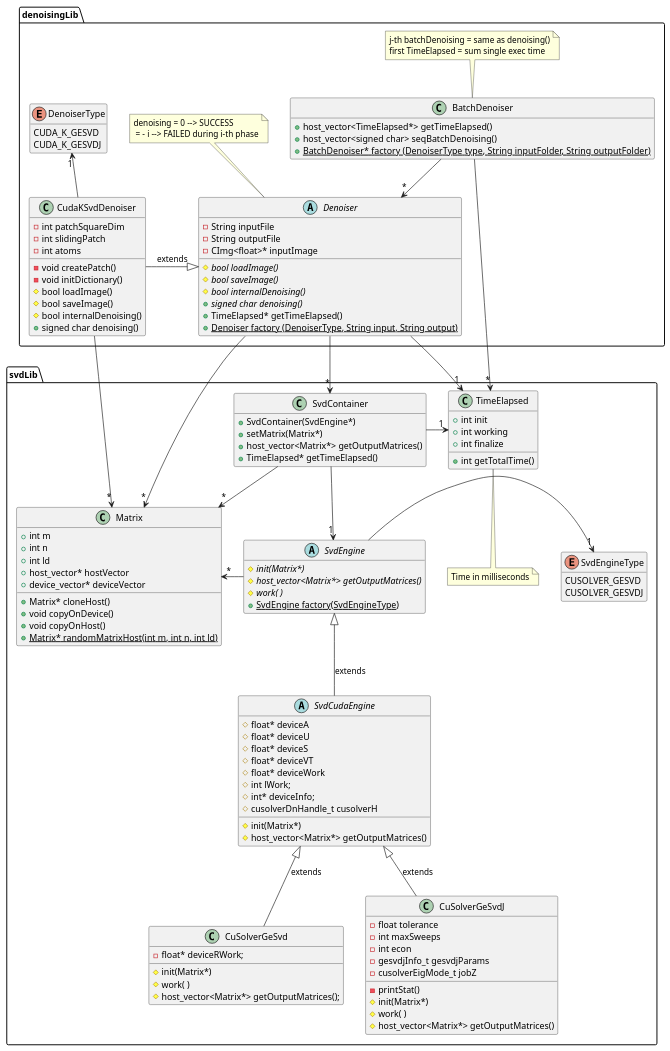
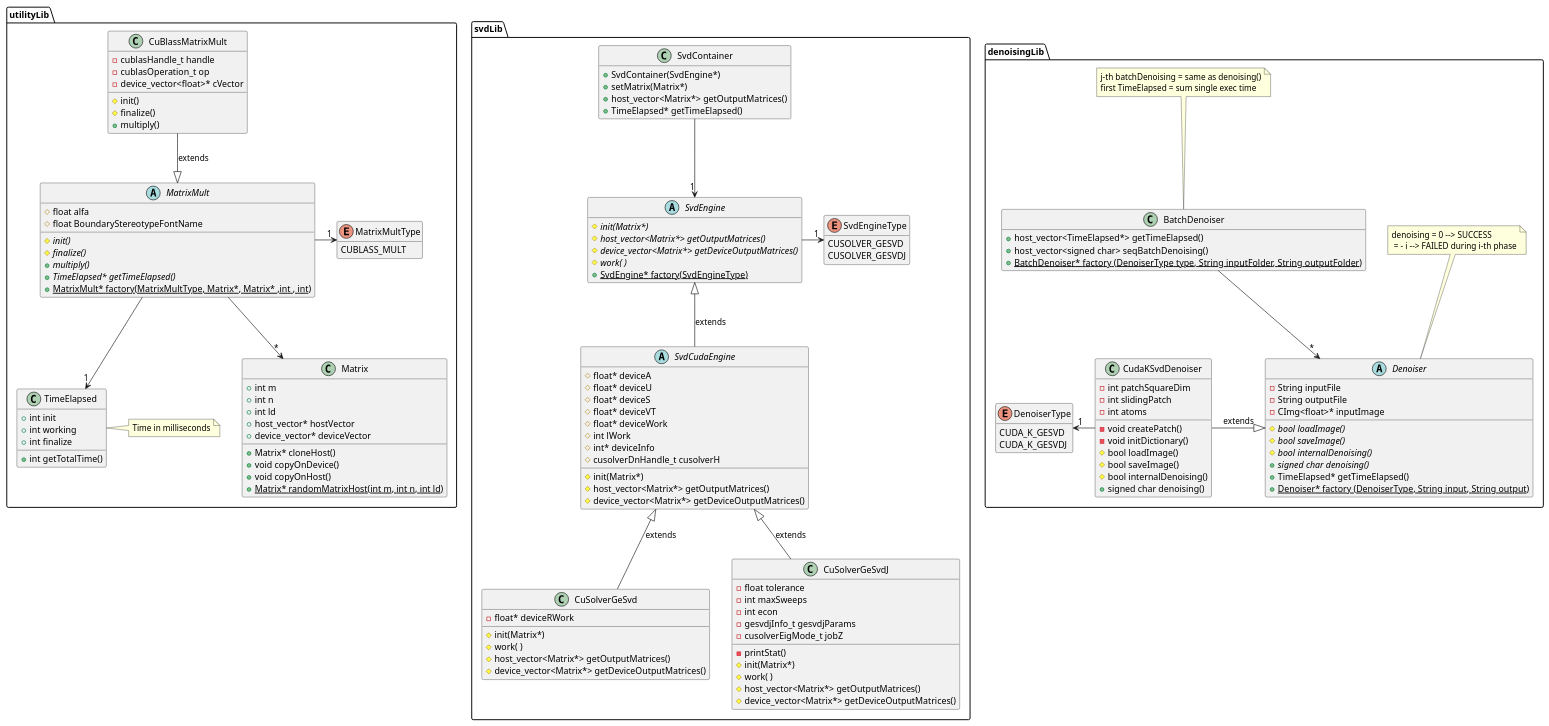
One commit to newfla/CUDA-K-SVD-Denoising changed the diagram in uml/src/classDiagram.puml. Above: the diagram before and after it, drawn with PlantUML. The commit also changed 19 other files, not shown here.

```diff
--- a/uml/src/classDiagram.puml
+++ b/uml/src/classDiagram.puml
@@ -1,24 +1,73 @@
 @startuml diagrammaSVD
 
-package svdLib {
+package utilityLib{
+
     class Matrix{
         + int m
         + int n
         + int ld
         + host_vector* hostVector
         + device_vector* deviceVector
+        
         + Matrix* cloneHost()
         + void copyOnDevice()
         + void copyOnHost()
         {static} + Matrix* randomMatrixHost(int m, int n, int ld)
     }
 
+    class TimeElapsed{
+        + int init
+        + int working
+        + int finalize
+        + int getTotalTime()
+    }
+
+    note right: Time in milliseconds
+
+    enum MatrixMultType{
+            CUBLASS_MULT
+    }
+
+    abstract class MatrixMult{
+
+        # float alfa
+        # float BoundaryStereotypeFontName
+
+        {abstract} # init()
+        {abstract} # finalize()
+        {abstract} + multiply()
+        {abstract} + TimeElapsed* getTimeElapsed()
+        {static} + MatrixMult* factory(MatrixMultType, Matrix*, Matrix* ,int , int)
+    }
+
+    class CuBlassMatrixMult{
+
+        - cublasHandle_t handle
+        - cublasOperation_t op
+        - device_vector<float>* cVector
+
+        # init()
+        # finalize()
+        + multiply()
+    }
+
+    MatrixMult --> "*" Matrix
+    MatrixMult --> "1" TimeElapsed
+    MatrixMult -> "1" MatrixMultType 
+    CuBlassMatrixMult --|> MatrixMult : extends
+
+    hide MatrixMultType methods 
+}
+
+package svdLib {
+
     abstract class SvdEngine{
         
         {abstract} # init(Matrix*)
         {abstract} # host_vector<Matrix*> getOutputMatrices()
+        {abstract} # device_vector<Matrix*> getDeviceOutputMatrices()
         {abstract} # work( )
-        {static} + SvdEngine factory(SvdEngineType)
+        {static} + SvdEngine* factory(SvdEngineType)
     }
 
     abstract class SvdCudaEngine{
@@ -28,13 +77,14 @@
         # float* deviceS
         # float* deviceVT
         # float* deviceWork
-        # int lWork;
-        # int* deviceInfo;
+        # int lWork
+        # int* deviceInfo
         # cusolverDnHandle_t cusolverH
         
 
         #  init(Matrix*)
         #  host_vector<Matrix*> getOutputMatrices()
+        # device_vector<Matrix*> getDeviceOutputMatrices()
     }
 
     enum SvdEngineType{
@@ -44,11 +94,12 @@
 
     class CuSolverGeSvd{
 
-        - float* deviceRWork;
+        - float* deviceRWork
 
         # init(Matrix*)
         # work( )
-        # host_vector<Matrix*> getOutputMatrices();
+        # host_vector<Matrix*> getOutputMatrices()
+        # device_vector<Matrix*> getDeviceOutputMatrices()
     }
 
     class CuSolverGeSvdJ{
@@ -63,17 +114,8 @@
         # init(Matrix*)
         # work( )
         # host_vector<Matrix*> getOutputMatrices()
+        # device_vector<Matrix*> getDeviceOutputMatrices()
     }
-
-
-    class TimeElapsed{
-        + int init
-        + int working
-        + int finalize
-        + int getTotalTime()
-    }
-
-    note bottom: Time in milliseconds
 
     class SvdContainer{
 
@@ -83,10 +125,10 @@
         + TimeElapsed* getTimeElapsed()
     }
 
-    SvdContainer -->  "*" Matrix 
+    'SvdContainer -->  "*" Matrix 
     SvdContainer --> "1" SvdEngine
-    TimeElapsed "1" <- SvdContainer
-    SvdEngine -> "*" Matrix
+    'TimeElapsed "1" <- SvdContainer
+    'SvdEngine -> "*" Matrix
     SvdEngine -> "1" SvdEngineType
     SvdEngine <|-- SvdCudaEngine : extends
     SvdCudaEngine <|-- CuSolverGeSvdJ : extends
@@ -115,7 +157,7 @@
         {abstract} # bool internalDenoising()
         {abstract} + signed char denoising()
         + TimeElapsed* getTimeElapsed()
-        {static} + Denoiser factory (DenoiserType, String input, String output)
+        {static} + Denoiser* factory (DenoiserType, String input, String output)
     }
 
     note top: denoising = 0 --> SUCCESS\n = - i --> FAILED during i-th phase 
@@ -142,14 +184,14 @@
     note top: j-th batchDenoising = same as denoising()\nfirst TimeElapsed = sum single exec time 
 
 
-    Denoiser --> "1" TimeElapsed
-    Denoiser --> "*" Matrix
-    Denoiser --> "*" SvdContainer
+    'Denoiser --> "1" TimeElapsed
+    'Denoiser --> "*" Matrix
+    'Denoiser --> "*" SvdContainer
     CudaKSvdDenoiser -|> Denoiser : extends
-    DenoiserType "1"<-- CudaKSvdDenoiser
-    CudaKSvdDenoiser --> "*" Matrix
+    DenoiserType "1"<- CudaKSvdDenoiser
+    'CudaKSvdDenoiser --> "*" Matrix
     BatchDenoiser --> "*" Denoiser
-    BatchDenoiser --> "*" TimeElapsed
+    'BatchDenoiser --> "*" TimeElapsed
 
     hide BatchDenoiser fields
     hide DenoiserType methods
```
